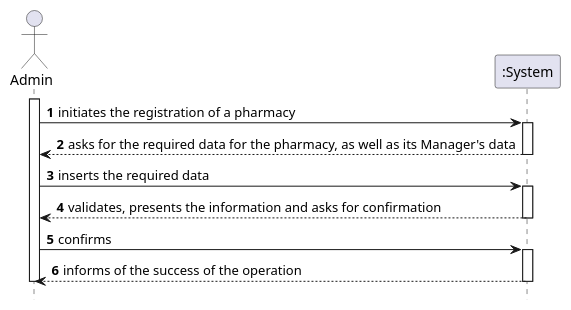
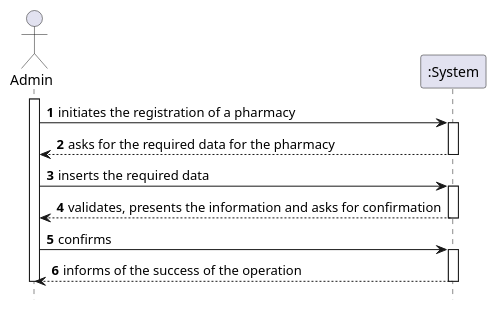
The diagram in docs/Iteration 2/Pharmacy Management/Refinement/US40_RegisterPhamacy/US40_SSD.puml (tiagoavcosta25/LAPR3), drawn with PlantUML before and after one commit. The commit also changed 7 other files, not shown here.

```diff
--- a/docs/Iteration 2/Pharmacy Management/Refinement/US40_RegisterPhamacy/US40_SSD.puml
+++ b/docs/Iteration 2/Pharmacy Management/Refinement/US40_RegisterPhamacy/US40_SSD.puml
@@ -1,27 +1,27 @@
 @startuml
 autonumber
 hide footbox
 
 actor "Admin" as ADM
 participant ":System" as SYST
 
 activate ADM
 
 ADM -> SYST : initiates the registration of a pharmacy
 activate SYST
-SYST --> ADM : asks for the required data for the pharmacy, as well as its Manager's data
+SYST --> ADM : asks for the required data for the pharmacy
 deactivate SYST
 
 ADM -> SYST : inserts the required data
 activate SYST
 SYST --> ADM : validates, presents the information and asks for confirmation
 deactivate SYST
 
 ADM -> SYST : confirms
 activate SYST
 SYST --> ADM : informs of the success of the operation
 deactivate SYST
 
 deactivate ADM
 
 @enduml
```
